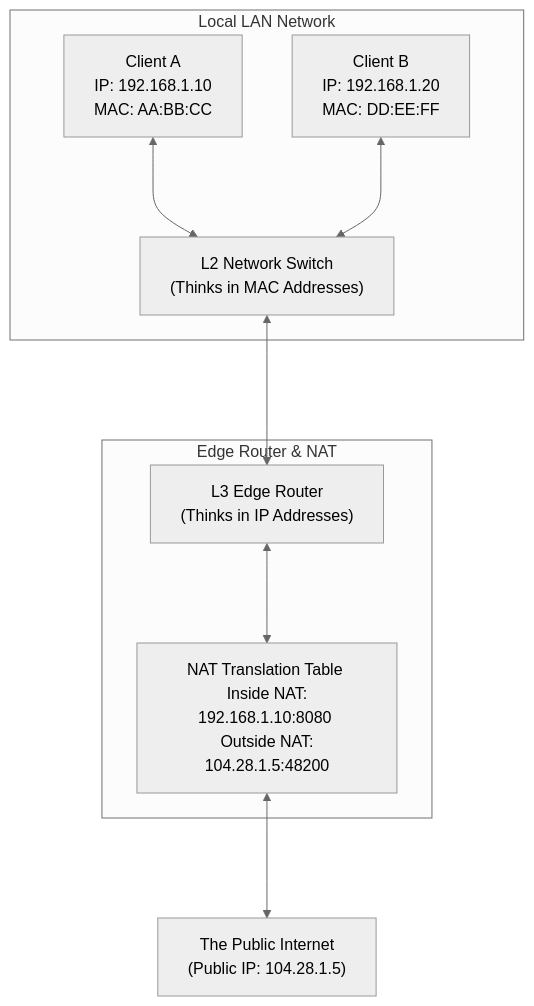
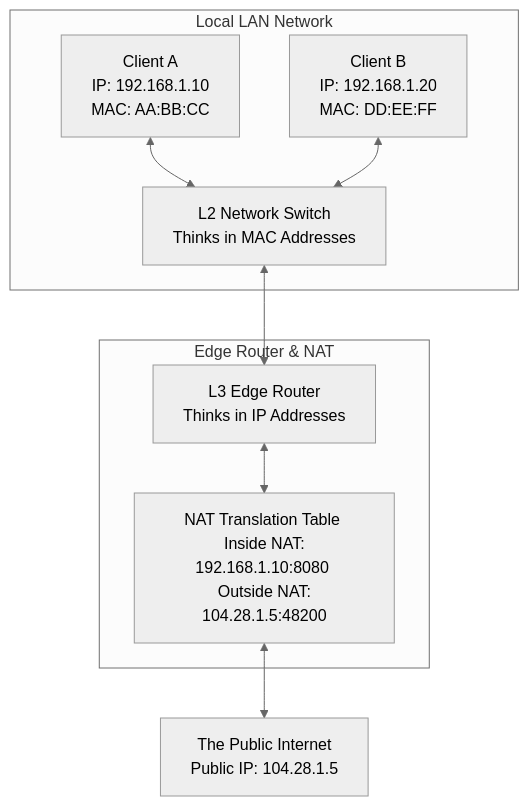
One commit to awoladhossain/awolad-docs changed the sixth of 14 diagrams in content/networking.md. Above: the diagram before and after it, drawn with Mermaid (neutral theme). The commit also changed other lines of this file, not shown here.

Commit message:
fix: resolve all Mermaid diagram syntax and parsing errors in networking.md

````diff
--- a/content/networking.md
+++ b/content/networking.md
@@ -190,20 +188,20 @@
 ```mermaid
 flowchart TD
-    subgraph LocalOfficeNetwork [Local LAN Network]
+    subgraph LocalOfficeNetwork ["Local LAN Network"]
         HostA["Client A <br> IP: 192.168.1.10 <br> MAC: AA:BB:CC"]
         HostB["Client B <br> IP: 192.168.1.20 <br> MAC: DD:EE:FF"]
-        L2Switch["L2 Network Switch <br>(Thinks in MAC Addresses)"]
+        L2Switch["L2 Network Switch <br> Thinks in MAC Addresses"]
         
-        HostA <---> L2Switch
-        HostB <---> L2Switch
+        HostA <--> L2Switch
+        HostB <--> L2Switch
     end
     
-    subgraph GatewayLayer [Edge Router & NAT]
-        L3Router["L3 Edge Router <br>(Thinks in IP Addresses)"]
+    subgraph GatewayLayer ["Edge Router & NAT"]
+        L3Router["L3 Edge Router <br> Thinks in IP Addresses"]
         NATTable["NAT Translation Table <br> Inside NAT: 192.168.1.10:8080 <br> Outside NAT: 104.28.1.5:48200"]
     end
     
-    L2Switch <---> L3Router
-    L3Router <---> NATTable
-    NATTable <---> PublicInternet["The Public Internet <br>(Public IP: 104.28.1.5)"]
+    L2Switch <--> L3Router
+    L3Router <--> NATTable
+    NATTable <--> PublicInternet["The Public Internet <br> Public IP: 104.28.1.5"]
 ```
````
